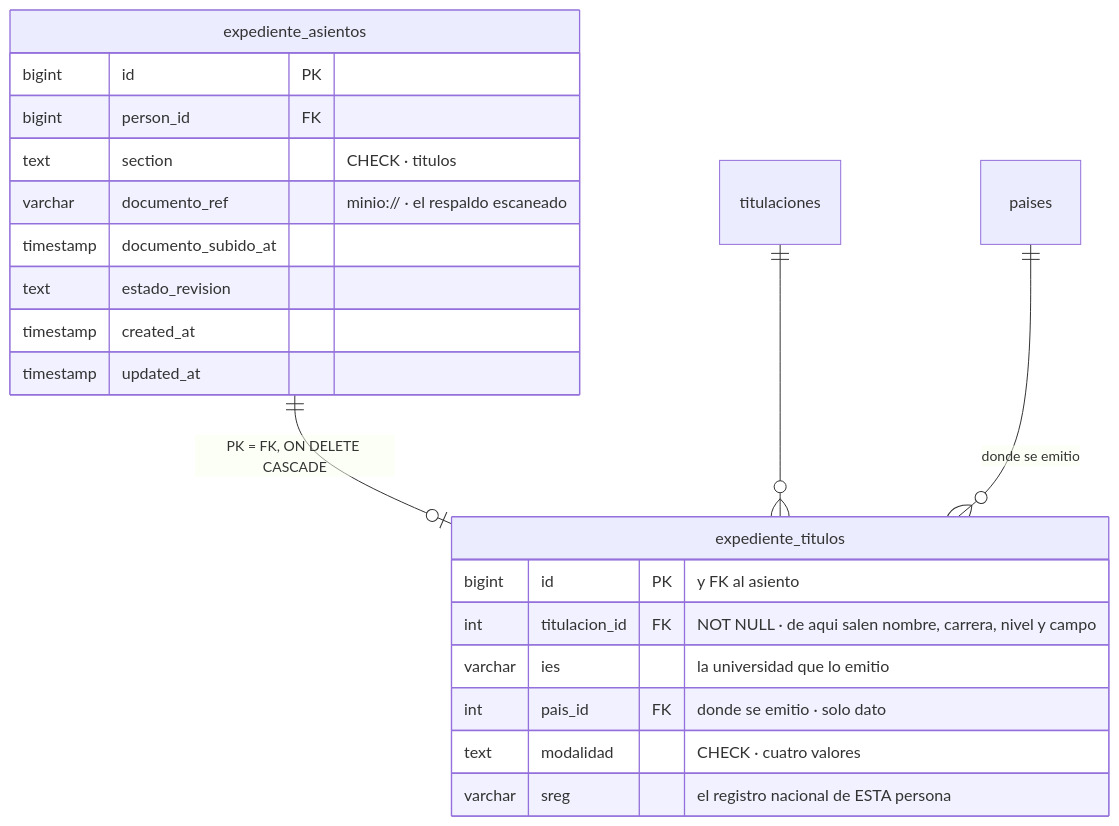
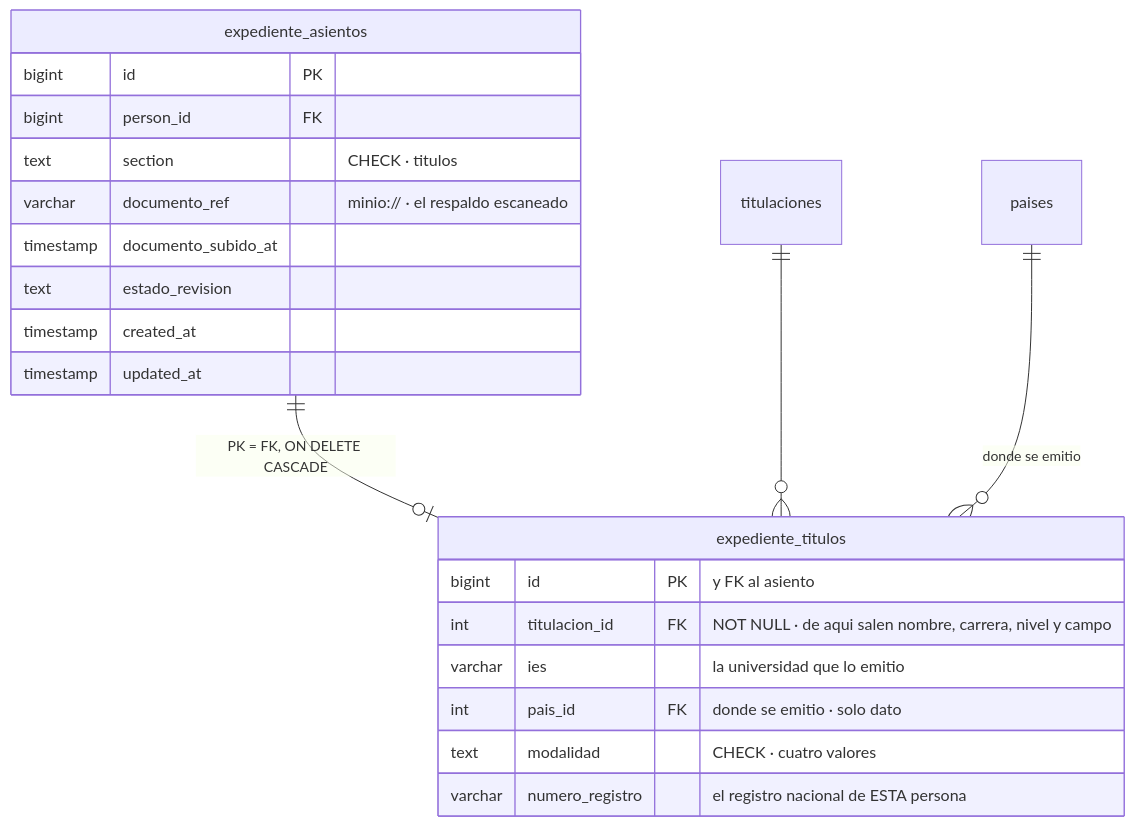
One commit to fresvel/deasy changed the sixth of 8 diagrams in docs/src/content/docs/complemento/expediente.md. Above: the diagram before and after it, drawn with Mermaid. The commit also changed other lines of this file and 2 other files, not shown here.

First paragraph of the commit message:
docs(expediente): la 8.4 del plan al dia, y sreg pasa a numero_registro
LA 8.4 DEL PLAN, reescrita entera con el catalogo acordado. Era la ultima parte
que seguia describiendo el diseño anterior, y es la que se implementa. Pasa de
cinco tablas a SEIS mas dos extensiones:

````diff
--- a/docs/src/content/docs/complemento/expediente.md
+++ b/docs/src/content/docs/complemento/expediente.md
@@ -424,26 +424,26 @@
 ```mermaid
 erDiagram
   expediente_asientos ||--o| expediente_titulos : "PK = FK, ON DELETE CASCADE"
   titulaciones ||--o{ expediente_titulos : ""
   paises ||--o{ expediente_titulos : "donde se emitio"
 
   expediente_asientos {
     bigint id PK
     bigint person_id FK
     text section "CHECK · titulos"
     varchar documento_ref "minio:// · el respaldo escaneado"
     timestamp documento_subido_at
     text estado_revision
     timestamp created_at
     timestamp updated_at
   }
 
   expediente_titulos {
     bigint id PK "y FK al asiento"
     int titulacion_id FK "NOT NULL · de aqui salen nombre, carrera, nivel y campo"
     varchar ies "la universidad que lo emitio"
     int pais_id FK "donde se emitio · solo dato"
     text modalidad "CHECK · cuatro valores"
-    varchar sreg "el registro nacional de ESTA persona"
+    varchar numero_registro "el registro nacional de ESTA persona"
   }
 ```
````
